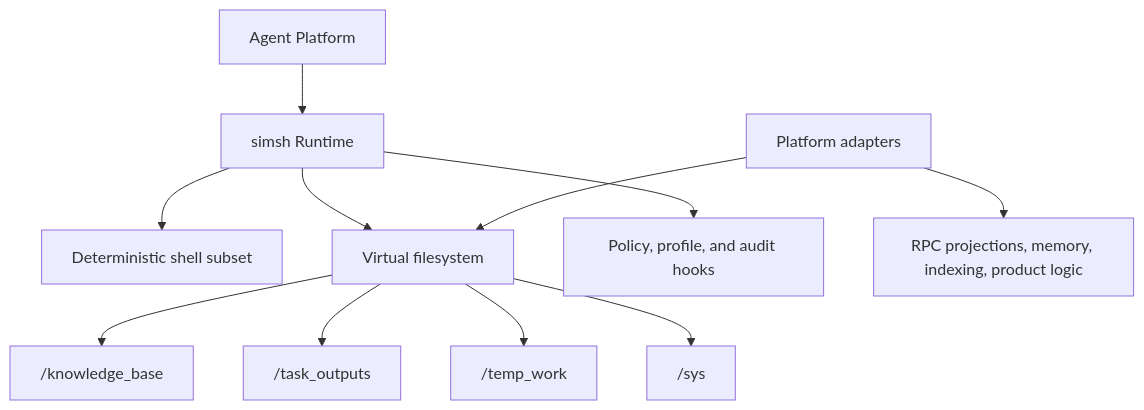
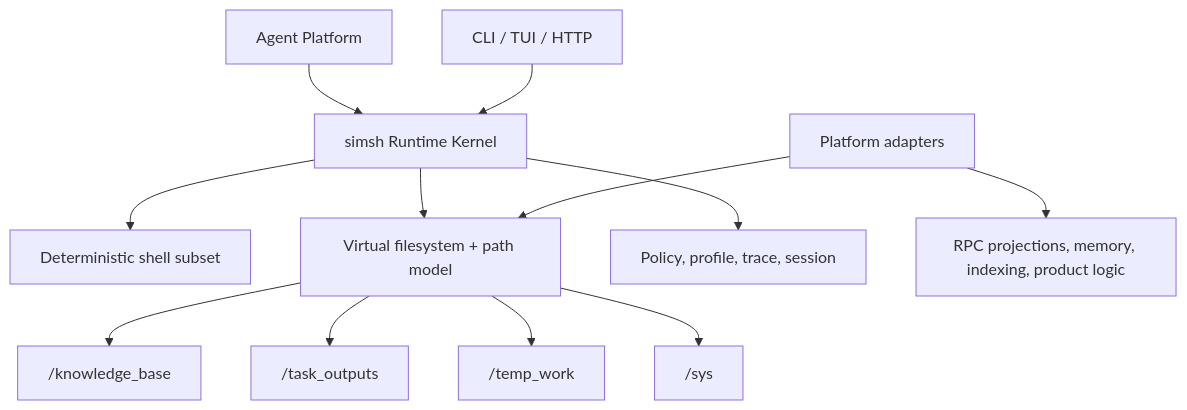
One commit to khicago/simsh changed the diagram in README.md. Above: the diagram before and after it, drawn with Mermaid. The commit also changed other lines of this file and 6 other files, not shown here.

First line of the commit message:
feat(f-20260322-builtin-aci-dual-readable-query-tooling): task(T-020) reframe README and architecture around kernel and default workspace

````diff
--- a/README.md
+++ b/README.md
@@ -60,13 +60,14 @@
 ```mermaid
 flowchart TB
-  platform["Agent Platform"] --> runtime["simsh Runtime"]
+  platform["Agent Platform"] --> runtime["simsh Runtime Kernel"]
   runtime --> shell["Deterministic shell subset"]
-  runtime --> fs["Virtual filesystem"]
-  runtime --> controls["Policy, profile, and audit hooks"]
+  runtime --> fs["Virtual filesystem + path model"]
+  runtime --> controls["Policy, profile, trace, session"]
   fs --> kb["/knowledge_base"]
   fs --> out["/task_outputs"]
   fs --> tmp["/temp_work"]
   fs --> sys["/sys"]
   adapters["Platform adapters"] --> fs
   adapters --> adapter_logic["RPC projections, memory, indexing, product logic"]
+  entry["CLI / TUI / HTTP"] --> runtime
 ```
````
